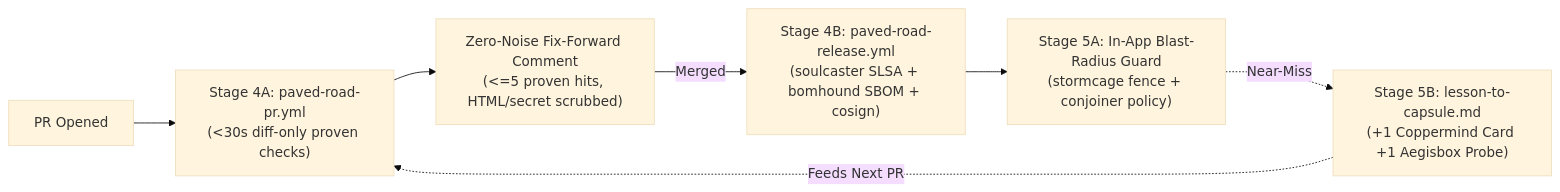
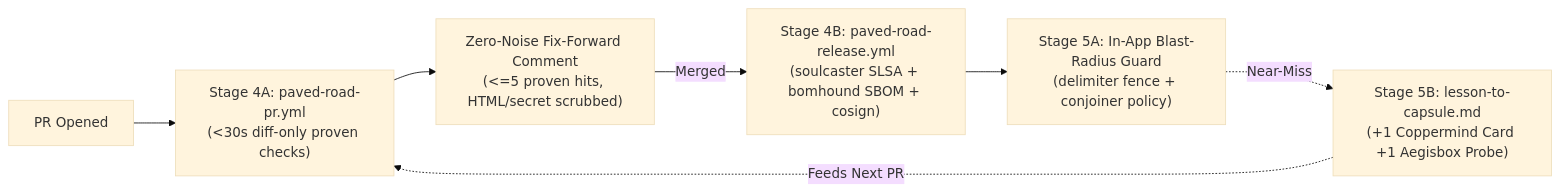
Before and after one commit to bonjoski/.github: the diagram in docs/paved-road-ci-and-production-guide.md, drawn with Mermaid (base theme). The commit also changed other lines of this file and 2 other files, not shown here.

Commit message:
docs: decouple private shield and stormcage links from public org profile

````diff
--- a/docs/paved-road-ci-and-production-guide.md
+++ b/docs/paved-road-ci-and-production-guide.md
@@ -13,9 +13,9 @@
 ```mermaid
 flowchart LR
     PR["PR Opened"] --> Gate["Stage 4A: paved-road-pr.yml<br/>(<30s diff-only proven checks)"]
     Gate --> Fix["Zero-Noise Fix-Forward Comment<br/>(<=5 proven hits, HTML/secret scrubbed)"]
     Fix -->|Merged| Rel["Stage 4B: paved-road-release.yml<br/>(soulcaster SLSA + bomhound SBOM + cosign)"]
-    Rel --> Prod["Stage 5A: In-App Blast-Radius Guard<br/>(stormcage fence + conjoiner policy)"]
+    Rel --> Prod["Stage 5A: In-App Blast-Radius Guard<br/>(delimiter fence + conjoiner policy)"]
     Prod -.->|Near-Miss| Lesson["Stage 5B: lesson-to-capsule.md<br/>(+1 Coppermind Card +1 Aegisbox Probe)"]
     Lesson -.->|Feeds Next PR| Gate
 ```
````
